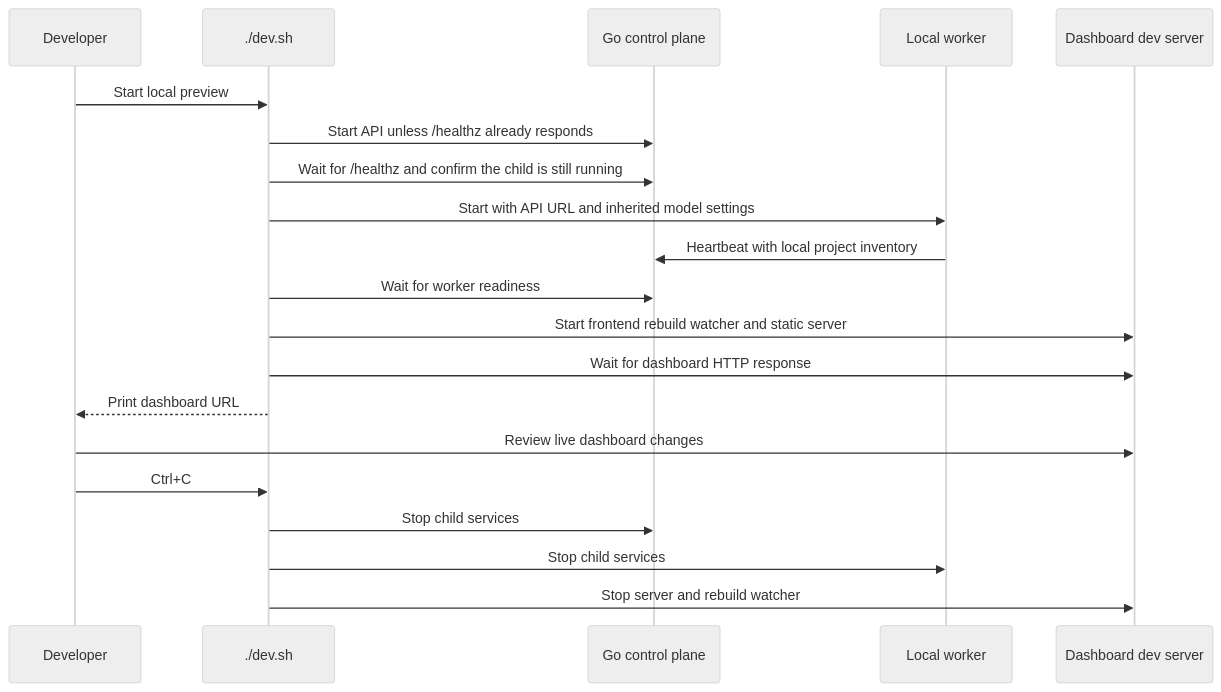
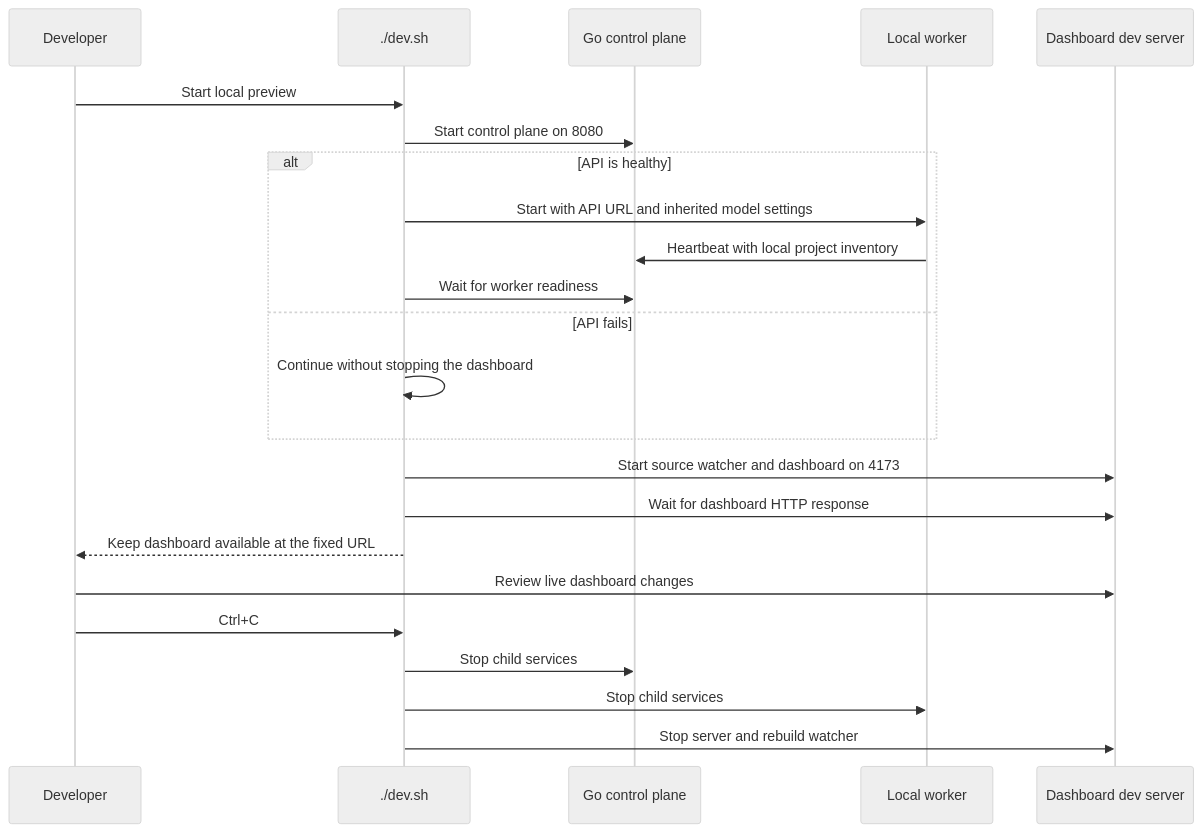
The diagram in docs/features/local-preview.md (bogdaniel/zenchron-engineering-os), drawn with Mermaid (neutral theme) before and after one commit. The commit also changed other lines of this file and 4 other files, not shown here.

Commit message:
Keep latest dashboard preview stable

````diff
--- a/docs/features/local-preview.md
+++ b/docs/features/local-preview.md
@@ -7,22 +8,25 @@
 ```mermaid
 sequenceDiagram
     participant Dev as Developer
     participant Start as ./dev.sh
     participant API as Go control plane
     participant Worker as Local worker
     participant UI as Dashboard dev server
     Dev->>Start: Start local preview
-    Start->>API: Start API unless /healthz already responds
-    Start->>API: Wait for /healthz and confirm the child is still running
-    Start->>Worker: Start with API URL and inherited model settings
-    Worker->>API: Heartbeat with local project inventory
-    Start->>API: Wait for worker readiness
-    Start->>UI: Start frontend rebuild watcher and static server
+    Start->>API: Start control plane on 8080
+    alt API is healthy
+        Start->>Worker: Start with API URL and inherited model settings
+        Worker->>API: Heartbeat with local project inventory
+        Start->>API: Wait for worker readiness
+    else API fails
+        Start->>Start: Continue without stopping the dashboard
+    end
+    Start->>UI: Start source watcher and dashboard on 4173
     Start->>UI: Wait for dashboard HTTP response
-    Start-->>Dev: Print dashboard URL
+    Start-->>Dev: Keep dashboard available at the fixed URL
     Dev->>UI: Review live dashboard changes
     Dev->>Start: Ctrl+C
     Start->>API: Stop child services
     Start->>Worker: Stop child services
     Start->>UI: Stop server and rebuild watcher
 ```
````
